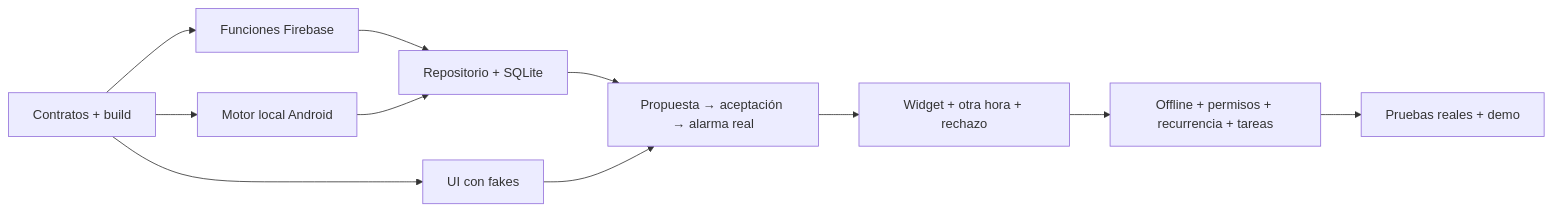
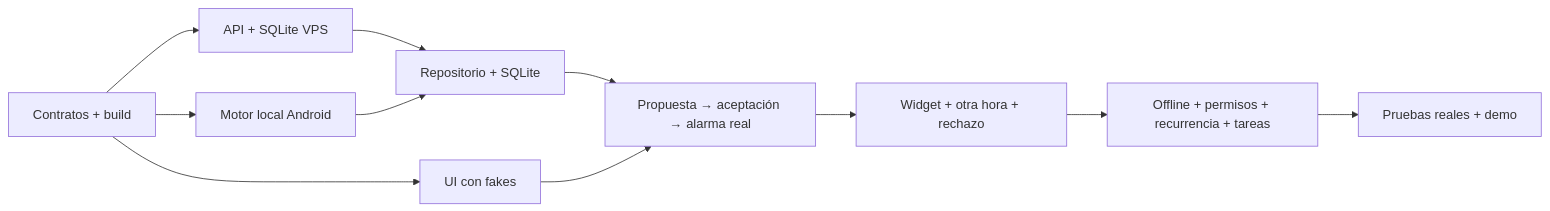
The diagram in docs/TEAM_PLAN.md (Carolechu65/HackatonETSE-ClosedAI), drawn with Mermaid before and after one commit. The commit also changed other lines of this file and 30 other files, not shown here.

Commit message:
docs: migrate all team prompts and specs to SQLite on VPS

````diff
--- a/docs/TEAM_PLAN.md
+++ b/docs/TEAM_PLAN.md
@@ -58,13 +58,13 @@
 ```mermaid
 flowchart LR
-  C[Contratos + build] --> B[Funciones Firebase]
+  C[Contratos + build] --> B[API + SQLite VPS]
   C --> A[Motor local Android]
   C --> U[UI con fakes]
   B --> R[Repositorio + SQLite]
   A --> R
   R --> E[Propuesta → aceptación → alarma real]
   U --> E
   E --> W[Widget + otra hora + rechazo]
   W --> F[Offline + permisos + recurrencia + tareas]
   F --> D[Pruebas reales + demo]
 ```
````
